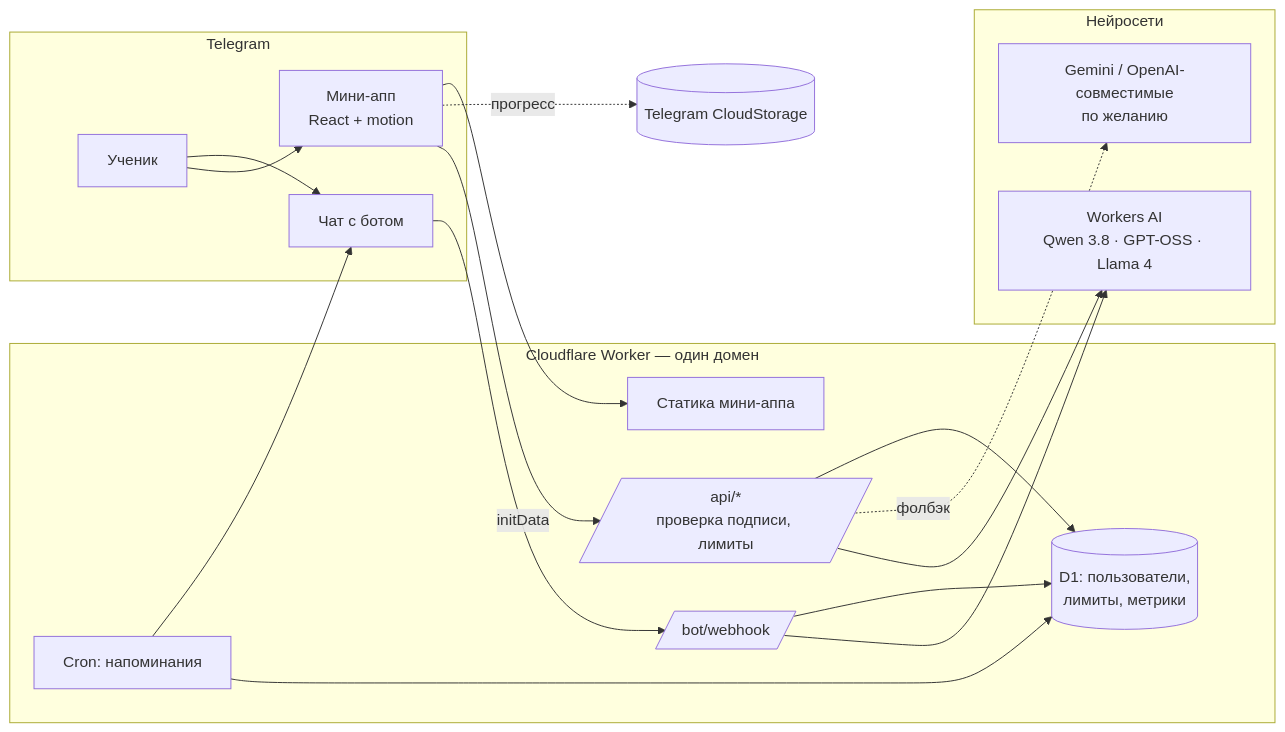
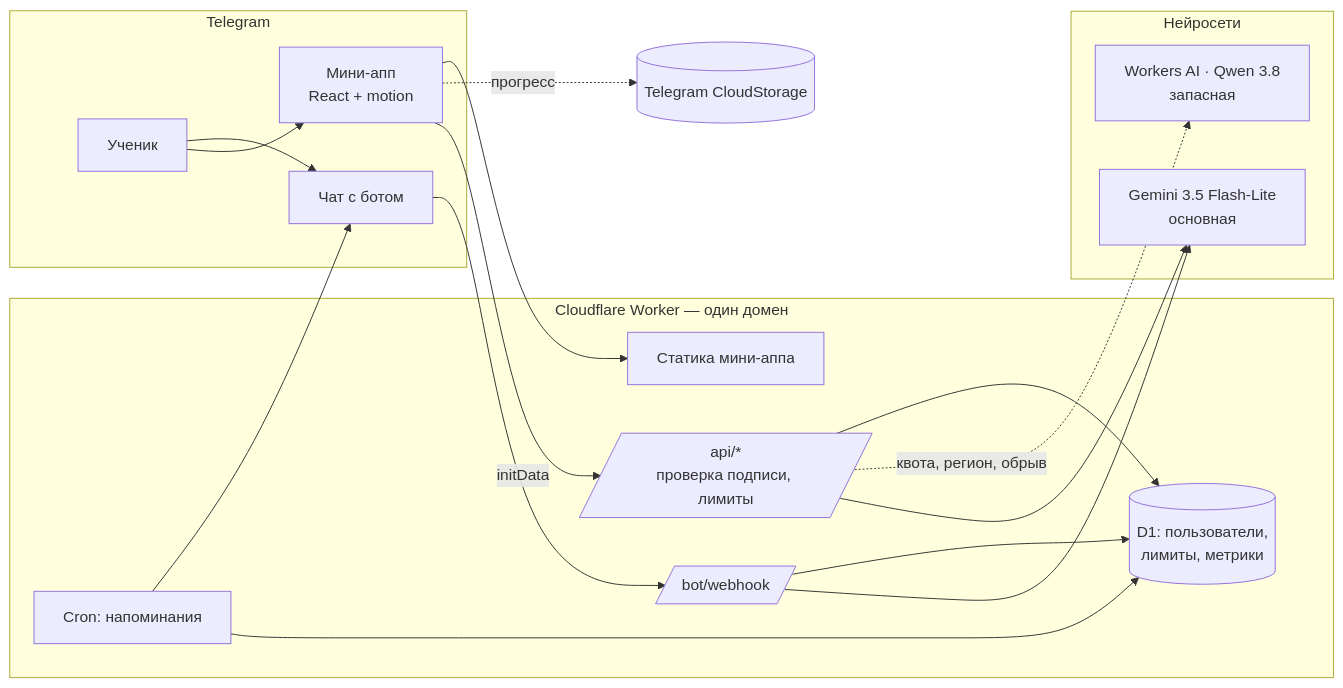
Before and after one commit to benji-hue/ct-math-blitz: the diagram in docs/АРХИТЕКТУРА.md, drawn with Mermaid. The commit also changed other lines of this file and 17 other files, not shown here.

First line of the commit message:
Две модели ИИ: Gemini 3.5 Flash-Lite — основная, Qwen 3.8 — запасная

````diff
--- a/docs/АРХИТЕКТУРА.md
+++ b/docs/АРХИТЕКТУРА.md
@@ -3,29 +3,29 @@
 ```mermaid
 flowchart LR
   subgraph TG[Telegram]
     U[Ученик] --> MA[Мини-апп<br/>React + motion]
     U --> BOT[Чат с ботом]
   end
   subgraph CF[Cloudflare Worker — один домен]
     ST[Статика мини-аппа]
     API[/api/*<br/>проверка подписи, лимиты/]
     WH[/bot/webhook/]
     CRON[Cron: напоминания]
     D1[(D1: пользователи,<br/>лимиты, метрики)]
   end
   subgraph AI[Нейросети]
-    WAI[Workers AI<br/>Qwen 3.8 · GPT-OSS · Llama 4]
-    EXT[Gemini / OpenAI-совместимые<br/>по желанию]
+    EXT[Gemini 3.5 Flash-Lite<br/>основная]
+    WAI[Workers AI · Qwen 3.8<br/>запасная]
   end
   MA -- initData --> API
   MA -. прогресс .-> CS[(Telegram CloudStorage)]
   BOT --> WH
-  API --> WAI
-  API -. фолбэк .-> EXT
-  WH --> WAI
+  API --> EXT
+  API -. квота, регион, обрыв .-> WAI
+  WH --> EXT
   API --> D1
   WH --> D1
   CRON --> D1
   CRON --> BOT
   MA --> ST
 ```
````
